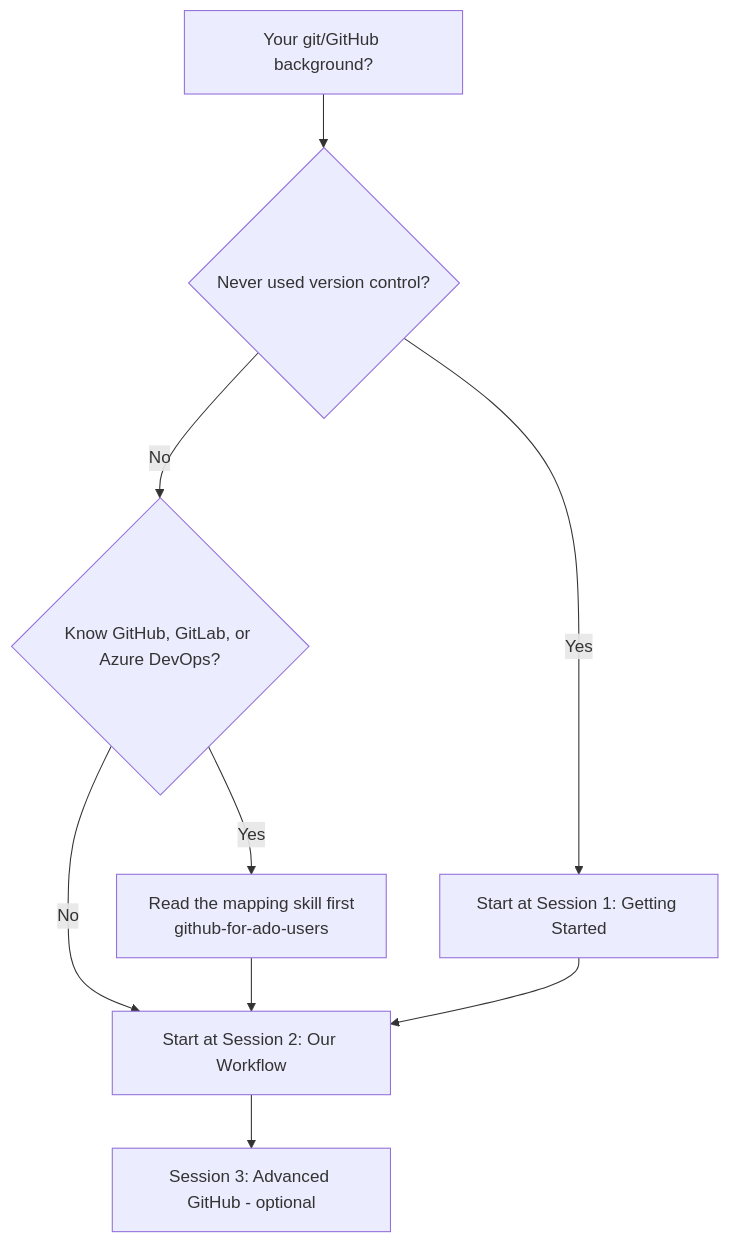
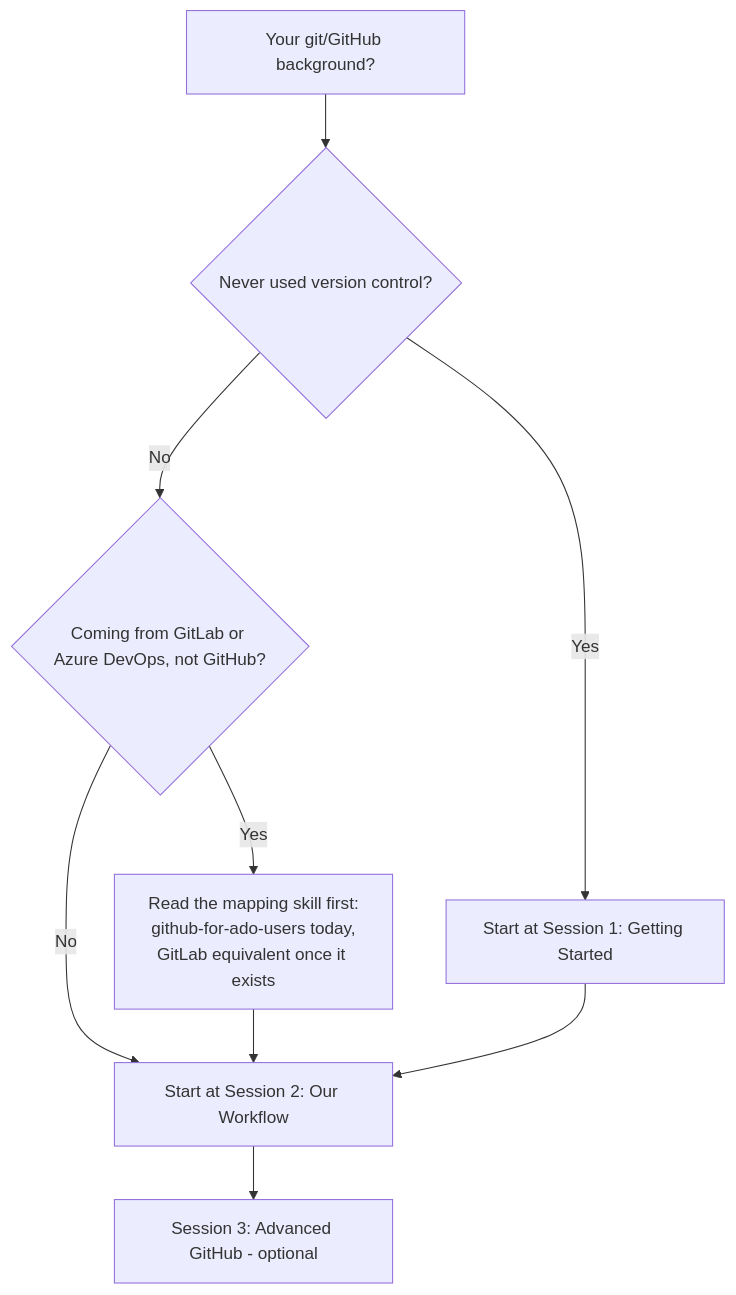
One commit to JeanKadang/DOC-GitHub-Practice-Skills changed the first of 2 diagrams in education/README.md. Above: the diagram before and after it, drawn with Mermaid. The commit also changed other lines of this file, not shown here.

Commit message:
docs: fix education README's GitLab/ADO routing in onboarding flowchart
The flowchart asked "Know GitHub, GitLab, or Azure DevOps?" then routed
every Yes to a single node naming only github-for-ado-users - wrong for
GitLab readers (no such skill exists yet, #35) and unnecessary for
GitHub-native readers (no translation needed). Narrows the branch
condition to GitLab/ADO specifically and distinguishes "exists today"
from "pending #35" in both the node text and the table row below it.

Refs #50

````diff
--- a/education/README.md
+++ b/education/README.md
@@ -17,11 +17,11 @@
 ```mermaid
 flowchart TD
     Start[Your git/GitHub background?] --> Q1{Never used version control?}
     Q1 -- Yes --> S1[Start at Session 1: Getting Started]
-    Q1 -- No --> Q2{Know GitHub, GitLab, or Azure DevOps?}
-    Q2 -- Yes --> Pre[Read the mapping skill first<br/>github-for-ado-users]
+    Q1 -- No --> Q2{Coming from GitLab or Azure DevOps, not GitHub?}
+    Q2 -- Yes --> Pre[Read the mapping skill first:<br/>github-for-ado-users today,<br/>GitLab equivalent once it exists]
     Q2 -- No --> S2[Start at Session 2: Our Workflow]
     Pre --> S2
     S1 --> S2
     S2 --> S3[Session 3: Advanced GitHub - optional]
 ```
````
